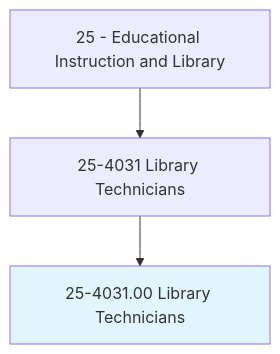
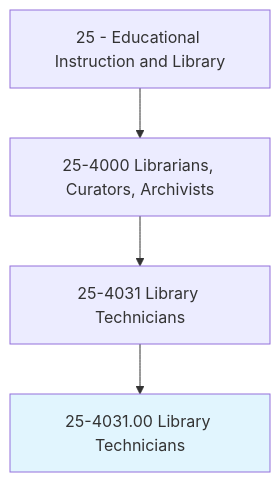
The first of 4 diagrams in occupations/Education/LibraryTechnicians.mdx (kziemski/business.org.ai), drawn with Mermaid before and after one commit. The commit also changed other lines of this file and 938 other files, not shown here.

````diff
--- a/occupations/Education/LibraryTechnicians.mdx
+++ b/occupations/Education/LibraryTechnicians.mdx
@@ -19,6 +23,7 @@
 ```mermaid
 graph TD
-    Cat25["25 - Educational Instruction and Library"] --> Group254031["25-4031 Library Technicians"]
+    Cat25["25 - Educational Instruction and Library"] --> Group254["25-4000 Librarians, Curators, Archivists"]
+    Group254 --> Group254031["25-4031 Library Technicians"]
     Group254031 --> Current["25-4031.00 Library Technicians"]
     style Current fill:#e1f5fe
 ```
````
